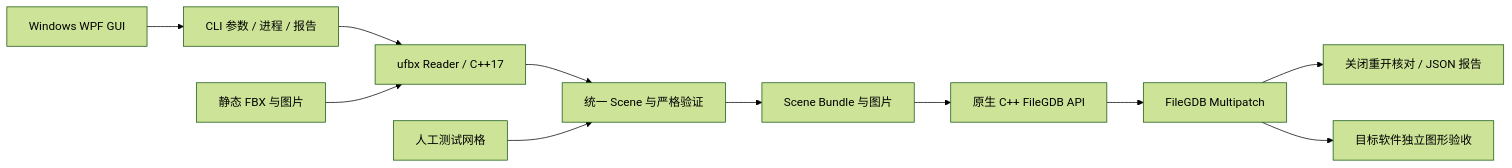
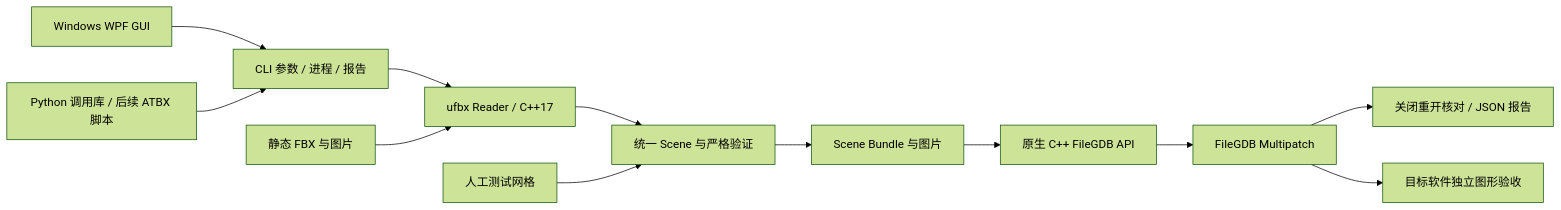
Before and after one commit to jasper-gis/GeoModelBridge: the diagram in docs/architecture.md, drawn with Mermaid (forest theme). The commit also changed other lines of this file and 54 other files, not shown here.

````diff
--- a/docs/architecture.md
+++ b/docs/architecture.md
@@ -3,13 +3,14 @@
 ```mermaid
 flowchart LR
   UI[Windows WPF GUI] --> C[CLI 参数 / 进程 / 报告]
+  PY[Python 调用库 / 后续 ATBX 脚本] --> C
   C --> R
   FBX[静态 FBX 与图片] --> R[ufbx Reader / C++17]
   R --> S[统一 Scene 与严格验证]
   F[人工测试网格] --> S
   S --> B[Scene Bundle 与图片]
   B --> N[原生 C++ FileGDB API]
   N --> G[FileGDB Multipatch]
   G --> V[关闭重开核对 / JSON 报告]
   G --> A[目标软件独立图形验收]
 ```
````
